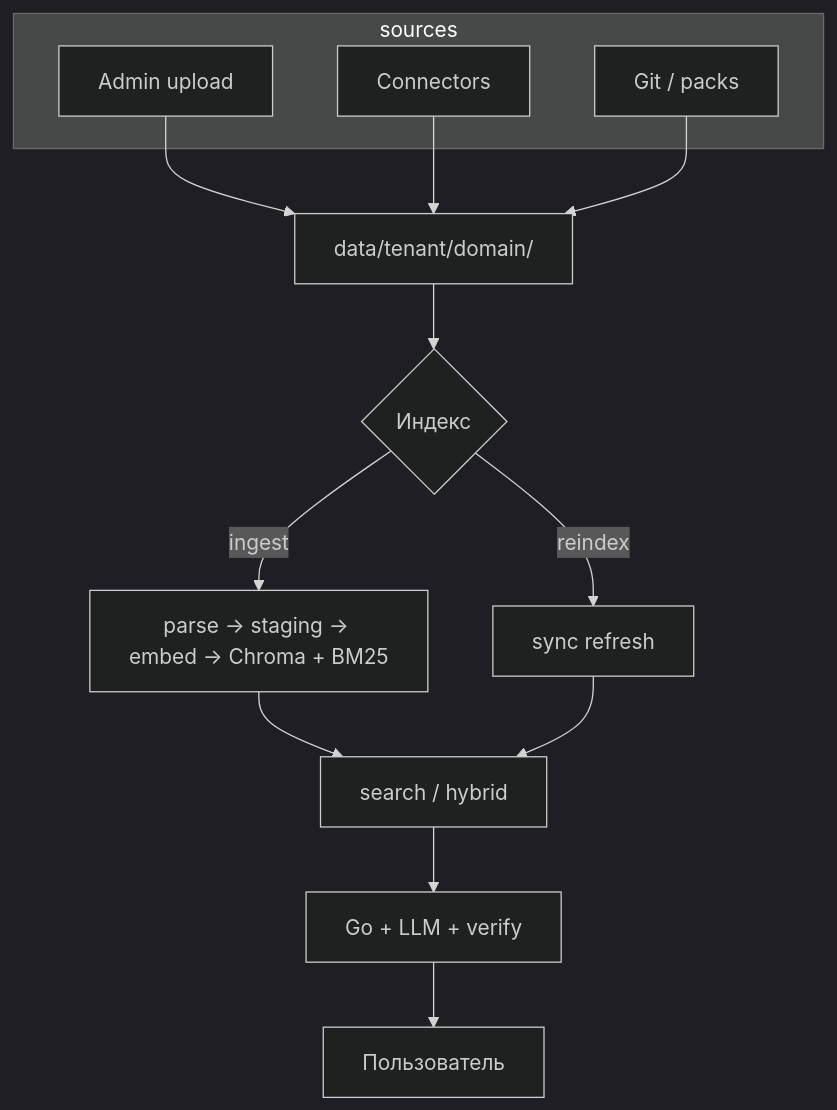
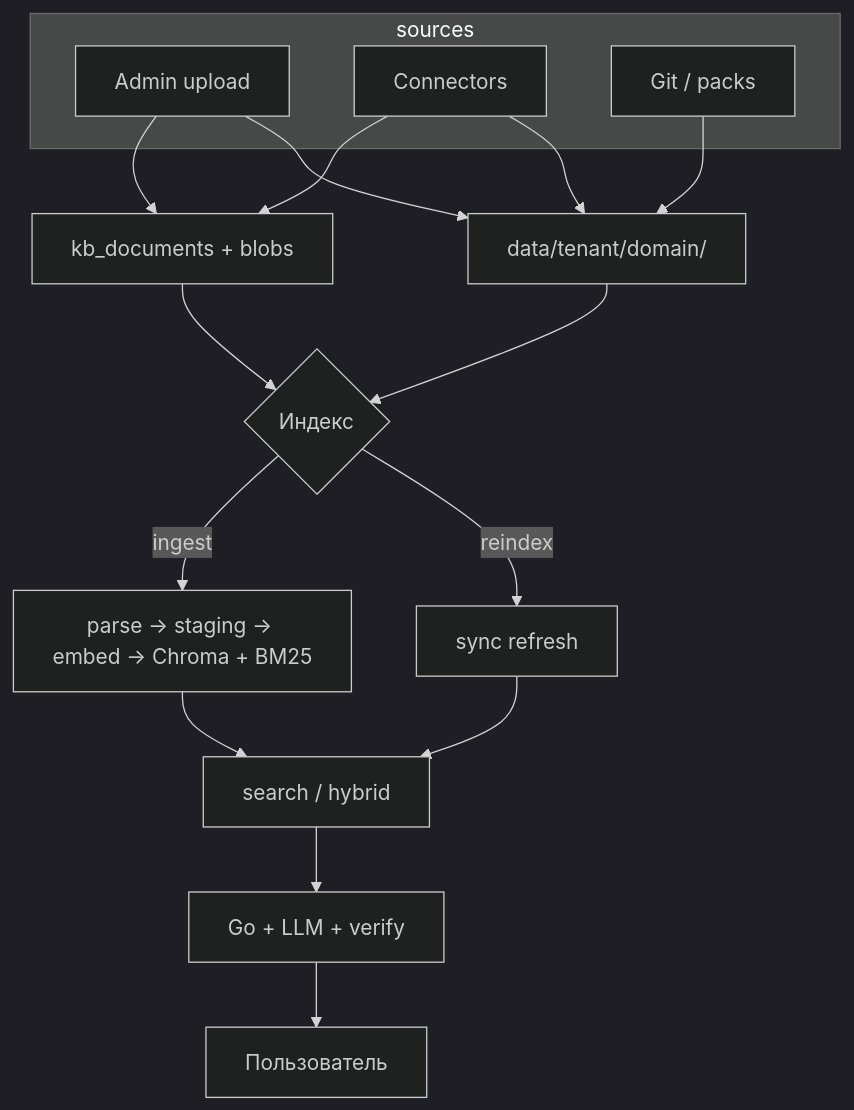
One commit to kantik001/grounded-llm changed the diagram in docs/ru/knowledge-base/data-pipeline.md. Above: the diagram before and after it, drawn with Mermaid (dark theme). The commit also changed other lines of this file and 57 other files, not shown here.

````diff
--- a/docs/ru/knowledge-base/data-pipeline.md
+++ b/docs/ru/knowledge-base/data-pipeline.md
@@ -22,18 +22,21 @@
 ```mermaid
 flowchart TB
     subgraph sources
         U[Admin upload]
         C[Connectors]
         G[Git / packs]
     end
-    U --> D[data/tenant/domain/]
+    U --> REG[kb_documents + blobs]
+    C --> REG
+    G --> D[data/tenant/domain/]
+    U --> D
     C --> D
-    G --> D
-    D --> I{Индекс}
+    REG --> I{Индекс}
+    D --> I
     I -->|ingest| P[parse → staging → embed → Chroma + BM25]
     I -->|reindex| R[sync refresh]
     P --> S[search / hybrid]
     R --> S
     S --> A[Go + LLM + verify]
     A --> User[Пользователь]
 ```
````
